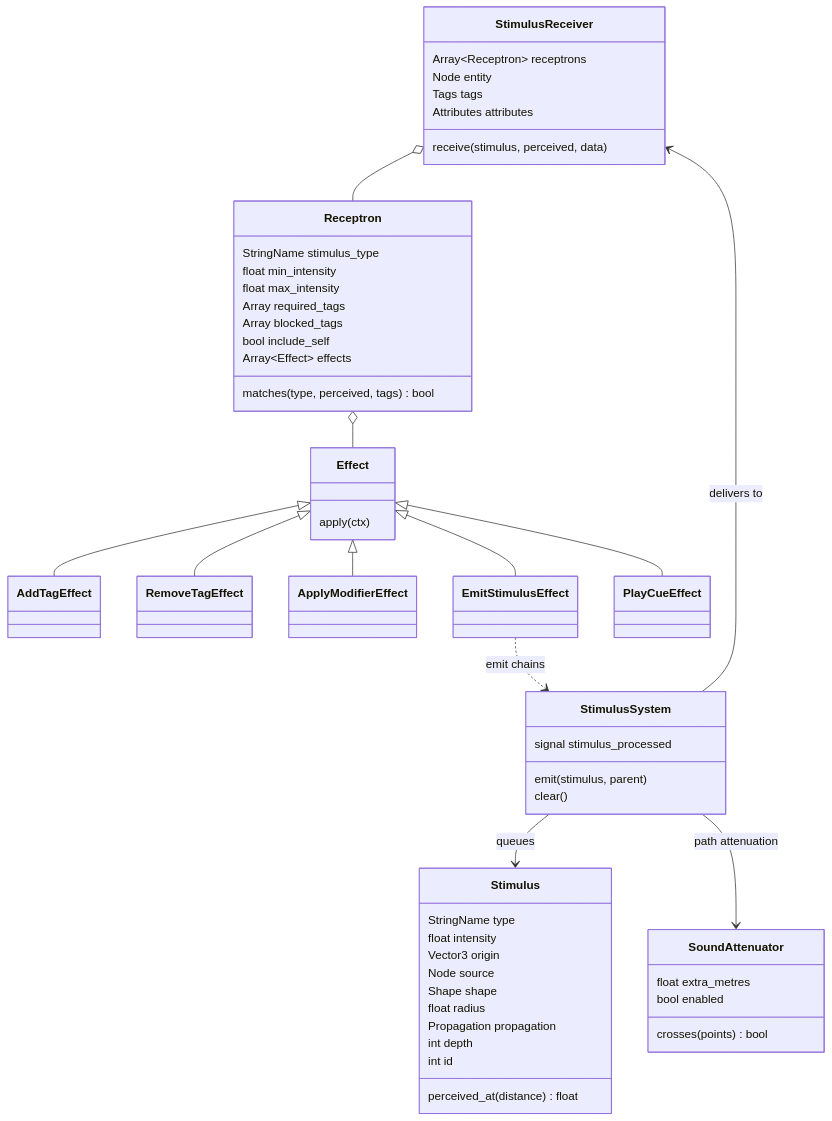
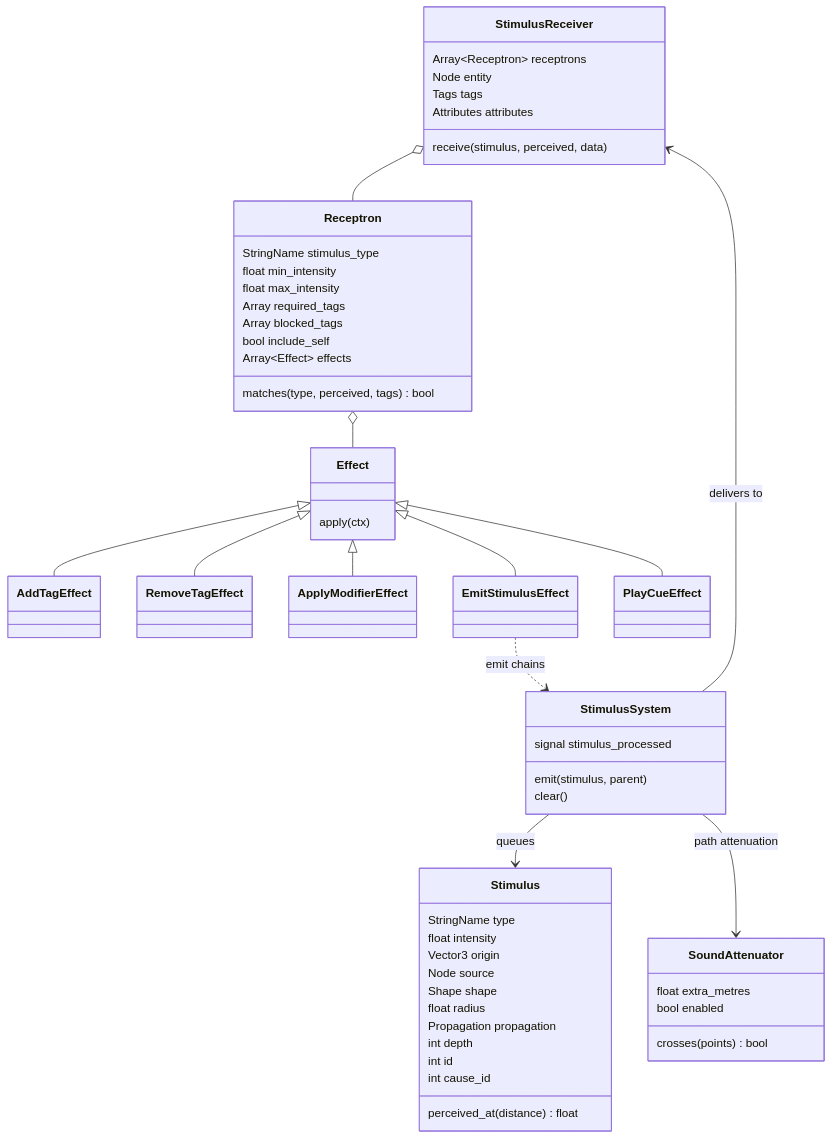
Before and after one commit to matts2cant/im-sim-proto: the second of 3 diagrams in design/game/stimulus-response.md, drawn with Mermaid. The commit also changed other lines of this file and 154 other files, not shown here.

````diff
--- a/design/game/stimulus-response.md
+++ b/design/game/stimulus-response.md
@@ -99,56 +106,57 @@
 ```mermaid
 classDiagram
     class Stimulus {
         StringName type
         float intensity
         Vector3 origin
         Node source
         Shape shape
         float radius
         Propagation propagation
         int depth
         int id
+        int cause_id
         perceived_at(distance) float
     }
     class StimulusReceiver {
         Array~Receptron~ receptrons
         Node entity
         Tags tags
         Attributes attributes
         receive(stimulus, perceived, data)
     }
     class Receptron {
         StringName stimulus_type
         float min_intensity
         float max_intensity
         Array required_tags
         Array blocked_tags
         bool include_self
         Array~Effect~ effects
         matches(type, perceived, tags) bool
     }
     class Effect {
         apply(ctx)
     }
     class StimulusSystem {
         emit(stimulus, parent)
         clear()
         signal stimulus_processed
     }
     class SoundAttenuator {
         float extra_metres
         bool enabled
         crosses(points) bool
     }
     StimulusSystem --> Stimulus : queues
     StimulusSystem --> StimulusReceiver : delivers to
     StimulusSystem --> SoundAttenuator : path attenuation
     StimulusReceiver o-- Receptron
     Receptron o-- Effect
     Effect <|-- AddTagEffect
     Effect <|-- RemoveTagEffect
     Effect <|-- ApplyModifierEffect
     Effect <|-- EmitStimulusEffect
     Effect <|-- PlayCueEffect
     EmitStimulusEffect ..> StimulusSystem : emit chains
 ```
````
